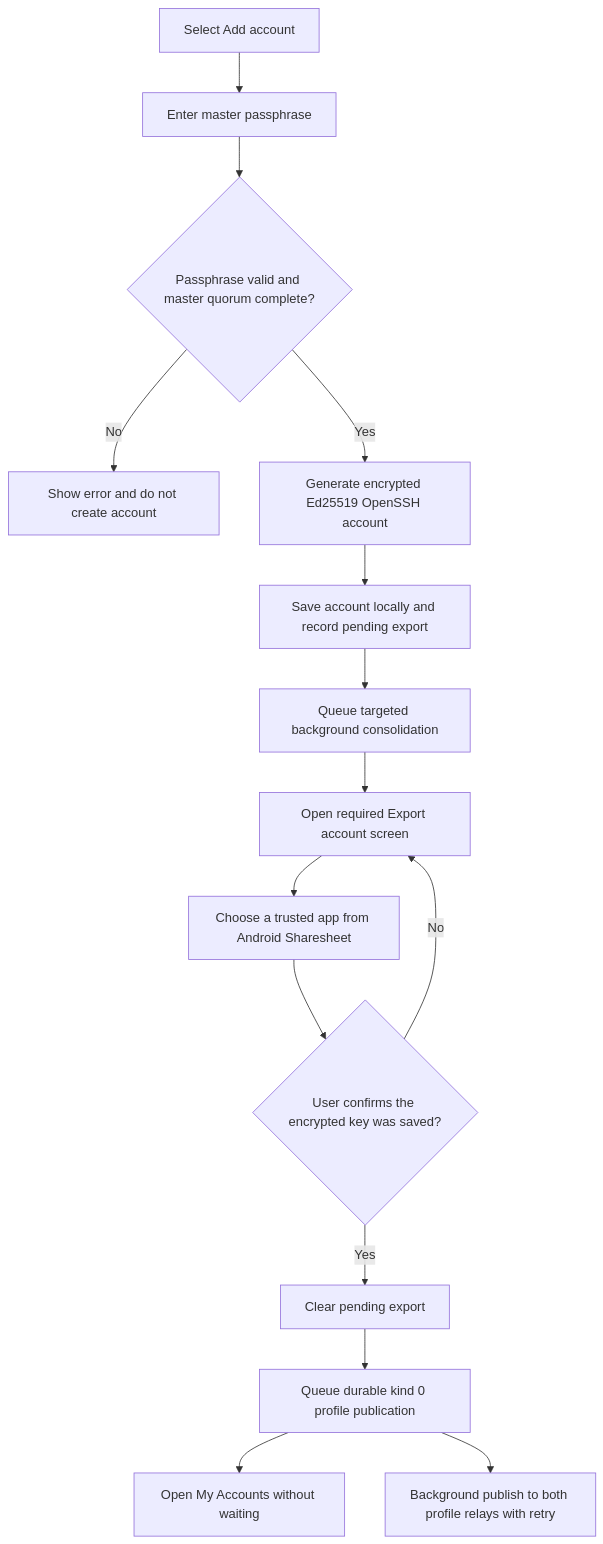
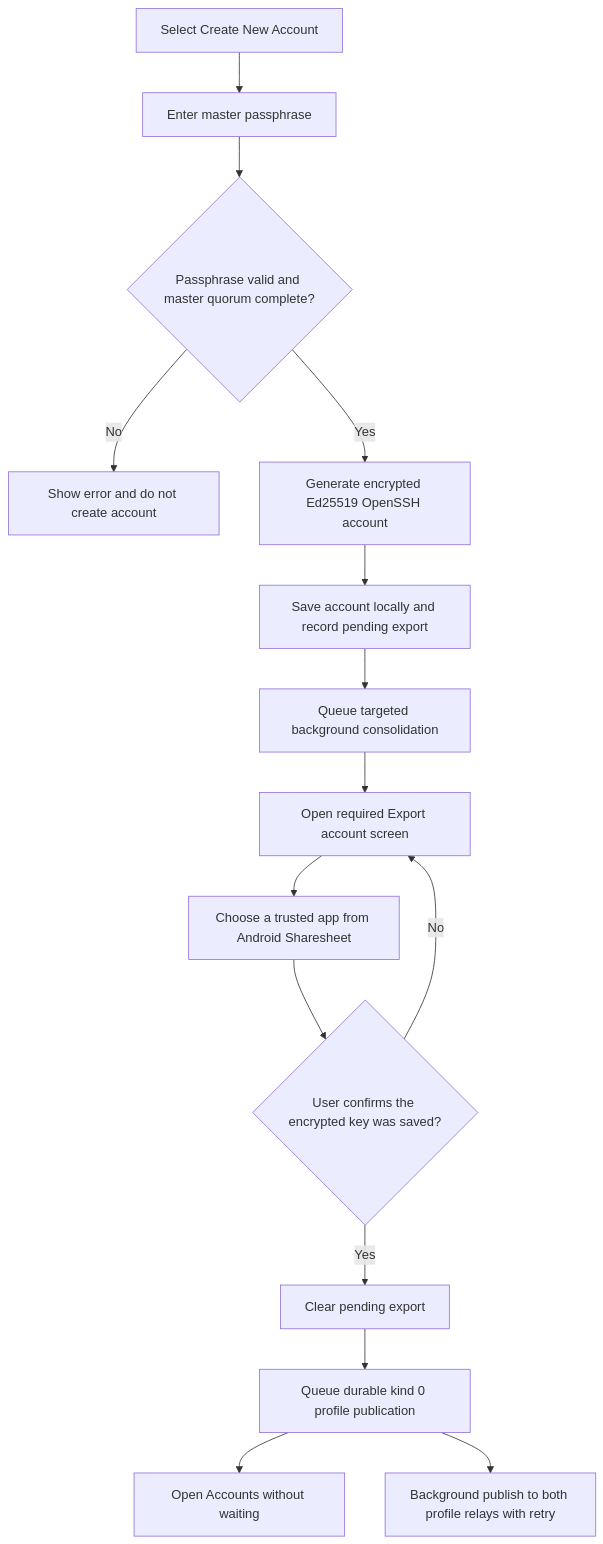
The third of 6 diagrams in docs/stakeholder/flowcharts.md (ZenTenApp/vault-kotlin), drawn with Mermaid before and after one commit. The commit also changed other lines of this file and 9 other files, not shown here.

Commit message:
feat(accounts): redesign account list navigation

````diff
--- a/docs/stakeholder/flowcharts.md
+++ b/docs/stakeholder/flowcharts.md
@@ -53,17 +54,17 @@
 ```mermaid
 flowchart TD
-    Add["Select Add account"] --> EnterPassphrase["Enter master passphrase"]
+    Add["Select Create New Account"] --> EnterPassphrase["Enter master passphrase"]
     EnterPassphrase --> Check{"Passphrase valid and master quorum complete?"}
     Check -->|No| Rejected["Show error and do not create account"]
     Check -->|Yes| Generate["Generate encrypted Ed25519 OpenSSH account"]
     Generate --> Save["Save account locally and record pending export"]
     Save --> Queue["Queue targeted background consolidation"]
     Queue --> Export["Open required Export account screen"]
     Export --> Choose["Choose a trusted app from Android Sharesheet"]
     Choose --> Confirm{"User confirms the encrypted key was saved?"}
     Confirm -->|No| Export
     Confirm -->|Yes| Clear["Clear pending export"]
     Clear --> QueueProfile["Queue durable kind 0 profile publication"]
-    QueueProfile --> Accounts["Open My Accounts without waiting"]
+    QueueProfile --> Accounts["Open Accounts without waiting"]
     QueueProfile --> ProfileWorker["Background publish to both profile relays with retry"]
 ```
````
